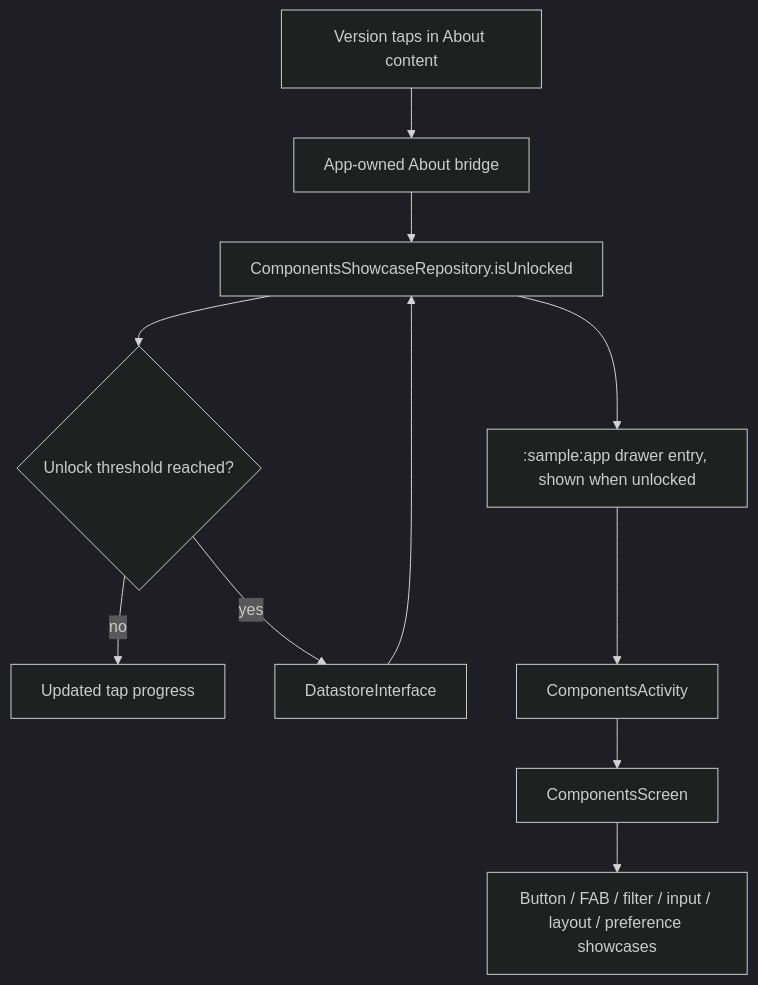
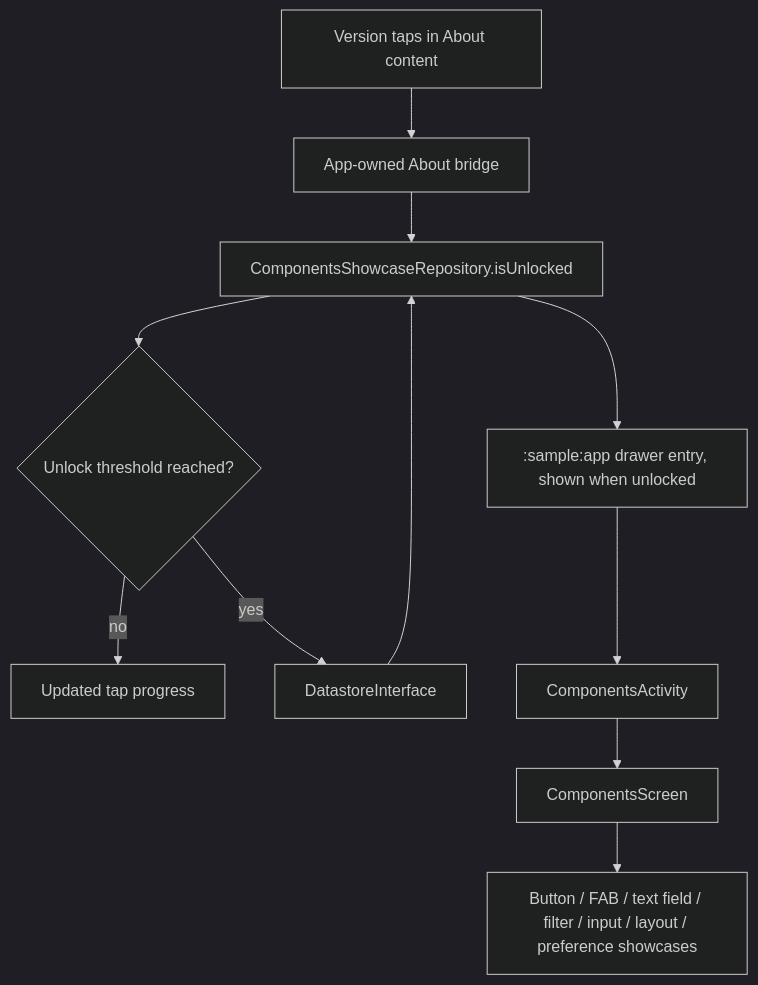
The diagram in sample/feature/components/README.md (MihaiCristianCondrea/App-Toolkit-for-Android), drawn with Mermaid (dark theme) before and after one commit. The commit also changed other lines of this file and 30 other files, not shown here.

First line of the commit message:
feat(sample): show every GeneralTextField variant in Components

````diff
--- a/sample/feature/components/README.md
+++ b/sample/feature/components/README.md
@@ -33,13 +35,13 @@
 ```mermaid
 flowchart TD
     About[Version taps in About content] --> Bridge[App-owned About bridge]
     Bridge --> Repo[ComponentsShowcaseRepository]
     Repo --> Counter{Unlock threshold reached?}
     Counter -->|no| State[Updated tap progress]
     Counter -->|yes| Store[DatastoreInterface]
     Store --> Repo[ComponentsShowcaseRepository.isUnlocked]
     Repo --> Drawer[":sample:app" drawer entry, shown when unlocked]
     Drawer --> Activity[ComponentsActivity]
     Activity --> Screen[ComponentsScreen]
-    Screen --> Sections[Button / FAB / filter / input / layout / preference showcases]
+    Screen --> Sections[Button / FAB / text field / filter / input / layout / preference showcases]
 ```
````
